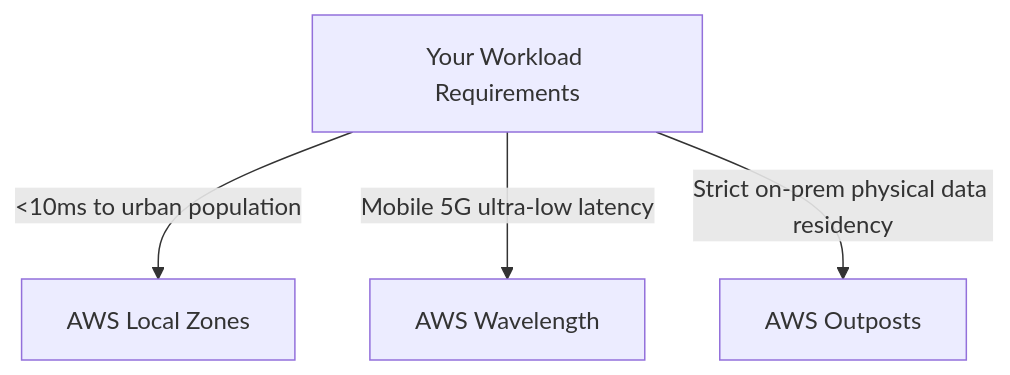
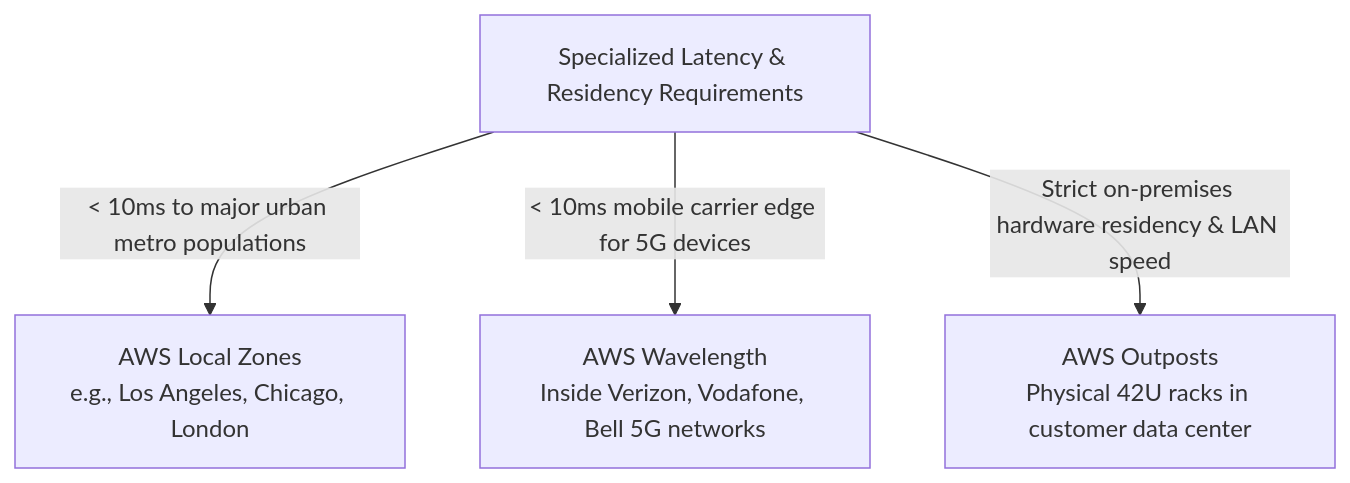
One commit to fakhruldeen/AWS changed the third of 3 diagrams in Cloud/Practitioner/CLF-C02/06_Explanations/01_Cloud_Concepts/Global_Infrastructure.md. Above: the diagram before and after it, drawn with Mermaid. The commit also changed other lines of this file and 18 other files, not shown here.

````diff
--- a/Cloud/Practitioner/CLF-C02/06_Explanations/01_Cloud_Concepts/Global_Infrastructure.md
+++ b/Cloud/Practitioner/CLF-C02/06_Explanations/01_Cloud_Concepts/Global_Infrastructure.md
@@ -122,8 +133,8 @@
 ```mermaid
 graph TD
-    Workload[Your Workload Requirements]
+    Workload[Specialized Latency & Residency Requirements]
     
-    Workload -->|<10ms to urban population| LZ[AWS Local Zones]
-    Workload -->|Mobile 5G ultra-low latency| WZ[AWS Wavelength]
-    Workload -->|Strict on-prem physical data residency| OP[AWS Outposts]
+    Workload -->|< 10ms to major urban metro populations| LZ[AWS Local Zones<br/>e.g., Los Angeles, Chicago, London]
+    Workload -->|< 10ms mobile carrier edge for 5G devices| WZ[AWS Wavelength<br/>Inside Verizon, Vodafone, Bell 5G networks]
+    Workload -->|Strict on-premises hardware residency & LAN speed| OP[AWS Outposts<br/>Physical 42U racks in customer data center]
 ```
````
